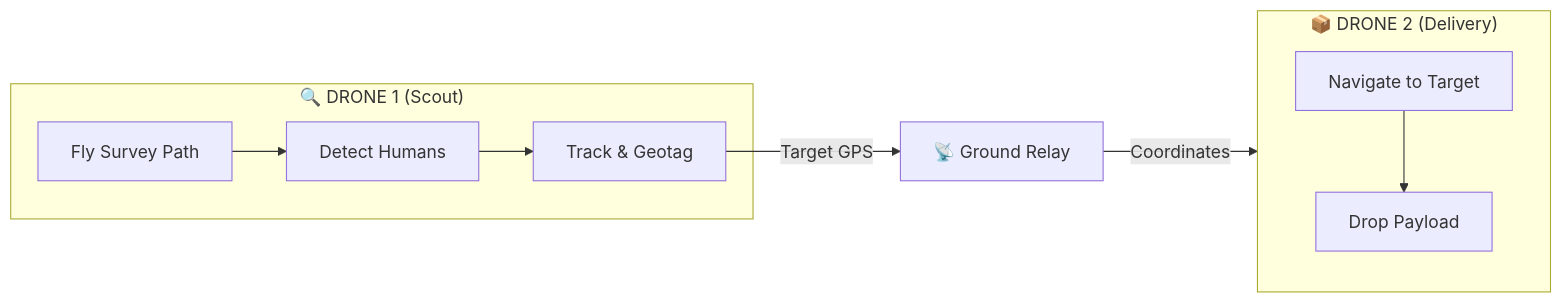
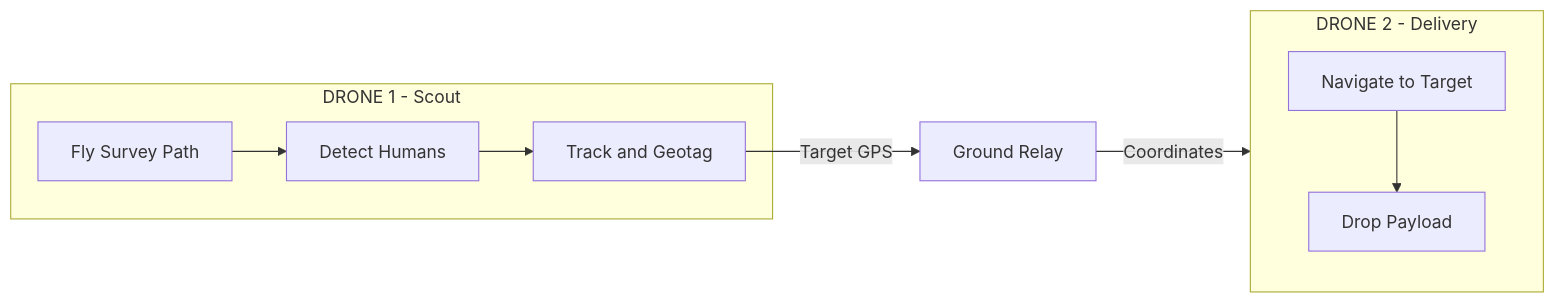
One commit to Dijo-404/Nidar--2025-ELKA- changed the diagram in README.md. Above: the diagram before and after it, drawn with Mermaid. The commit also changed other lines of this file, not shown here.

````diff
--- a/README.md
+++ b/README.md
@@ -11,15 +11,15 @@
 ```mermaid
 flowchart LR
-    subgraph D1["🔍 DRONE 1 (Scout)"]
+    subgraph D1["DRONE 1 - Scout"]
         A[Fly Survey Path] --> B[Detect Humans]
-        B --> C[Track & Geotag]
+        B --> C[Track and Geotag]
     end
     
-    C -->|Target GPS| R[📡 Ground Relay]
+    C -->|Target GPS| R[Ground Relay]
     
     R -->|Coordinates| D2
     
-    subgraph D2["📦 DRONE 2 (Delivery)"]
+    subgraph D2["DRONE 2 - Delivery"]
         D[Navigate to Target] --> E[Drop Payload]
     end
 ```
````
